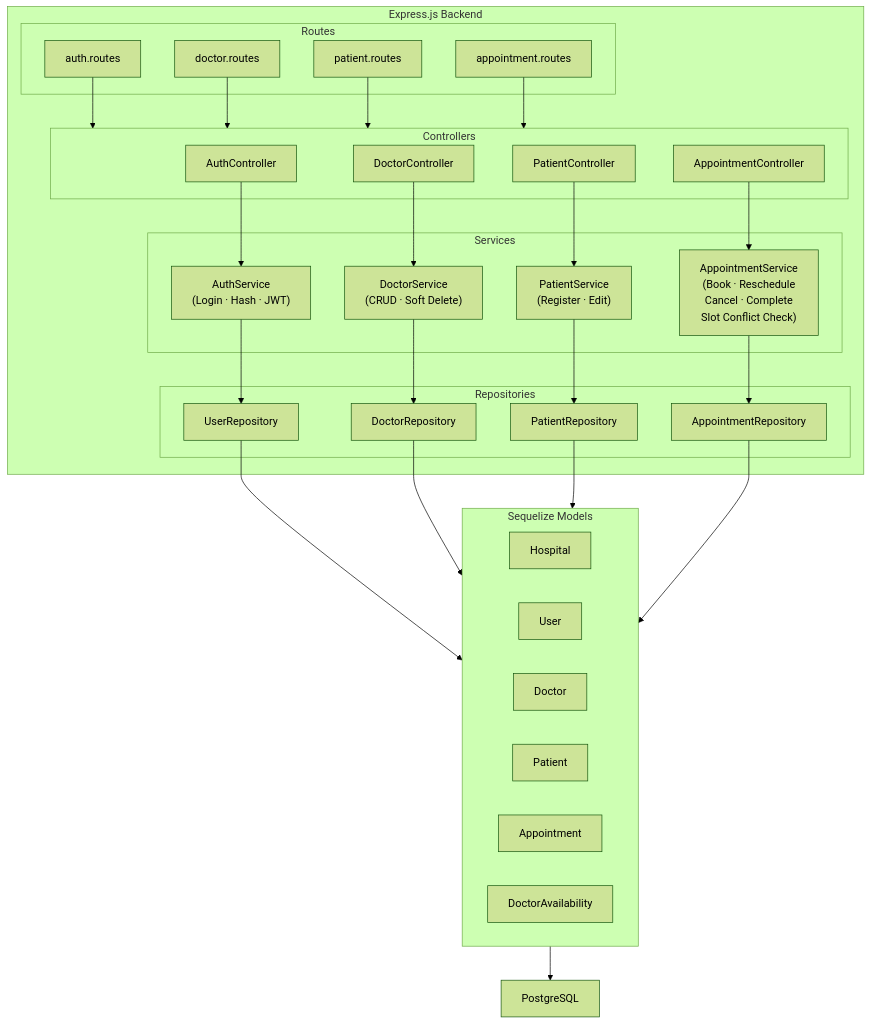
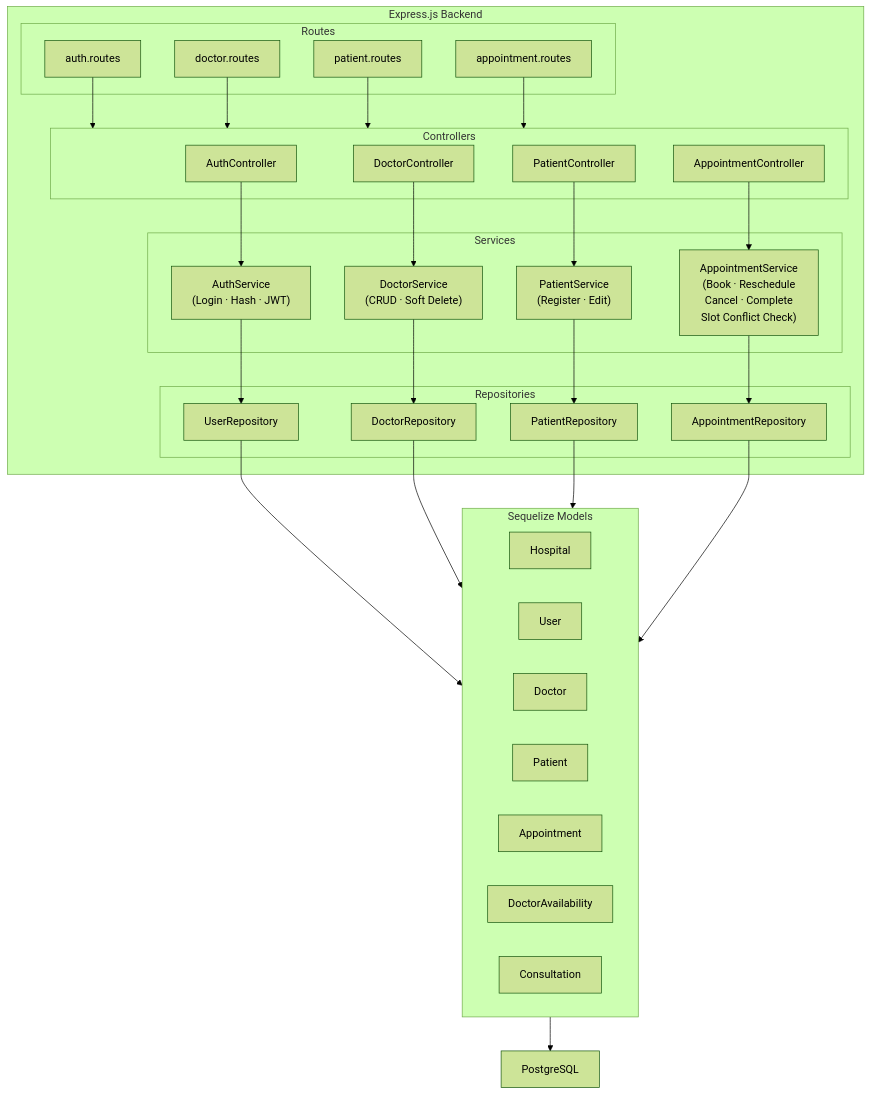
Before and after one commit to AmbyHasan/HMS: the sixth of 10 diagrams in docs/01-Architecure-Design.md, drawn with Mermaid (forest theme).

Commit message:
Fix db design doc

````diff
--- a/docs/01-Architecure-Design.md
+++ b/docs/01-Architecure-Design.md
@@ -285,55 +285,56 @@
 ```mermaid
 graph TD
     subgraph Backend["Express.js Backend"]
         subgraph Routes["Routes"]
             AuthR["auth.routes"]
             DoctorR["doctor.routes"]
             PatientR["patient.routes"]
             ApptR["appointment.routes"]
         end
 
         subgraph Controllers["Controllers"]
             AuthCtrl["AuthController"]
             DoctorCtrl["DoctorController"]
             PatientCtrl["PatientController"]
             ApptCtrl["AppointmentController"]
         end
 
         subgraph Services["Services"]
             AuthSvc["AuthService\n(Login · Hash · JWT)"]
             DoctorSvc["DoctorService\n(CRUD · Soft Delete)"]
             PatientSvc["PatientService\n(Register · Edit)"]
             ApptSvc["AppointmentService\n(Book · Reschedule\nCancel · Complete\nSlot Conflict Check)"]
         end
 
         subgraph Repositories["Repositories"]
             UserRepo["UserRepository"]
             DoctorRepo["DoctorRepository"]
             PatientRepo["PatientRepository"]
             ApptRepo["AppointmentRepository"]
         end
     end
 
     subgraph Models["Sequelize Models"]
         HospitalM["Hospital"]
         UserM["User"]
         DoctorM["Doctor"]
         PatientM["Patient"]
         ApptM["Appointment"]
         DoctorAvailabilitytM["DoctorAvailability"]
+        Consultation["Consultation"]
     end
 
     PG["PostgreSQL"]
 
     AuthR & DoctorR & PatientR & ApptR --> Controllers
     AuthCtrl --> AuthSvc
     DoctorCtrl --> DoctorSvc
     PatientCtrl --> PatientSvc
     ApptCtrl --> ApptSvc
     AuthSvc --> UserRepo
     DoctorSvc --> DoctorRepo
     PatientSvc --> PatientRepo
     ApptSvc --> ApptRepo
     UserRepo & DoctorRepo & PatientRepo & ApptRepo --> Models
     Models --> PG
 ```
````
